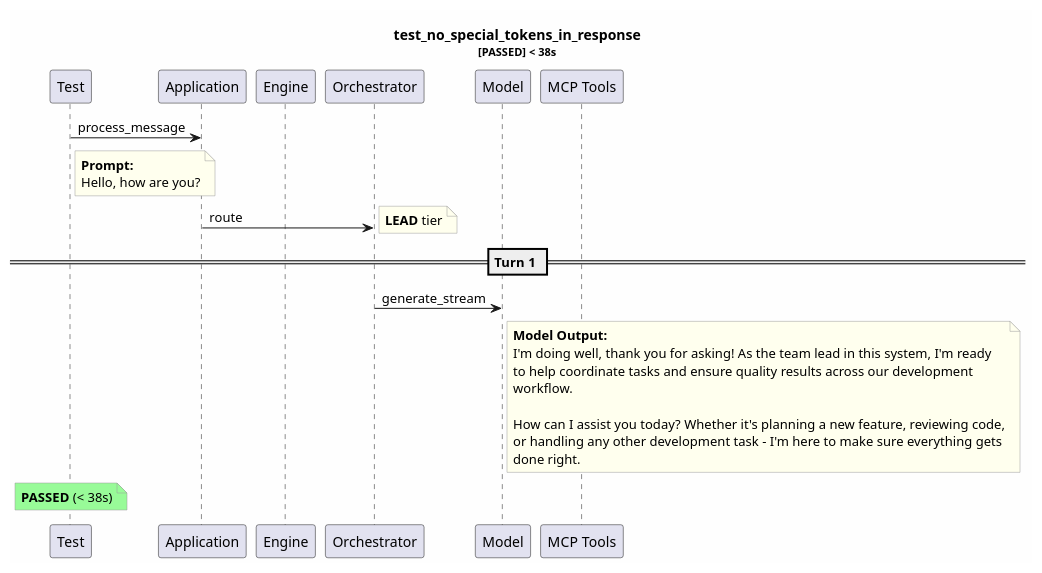
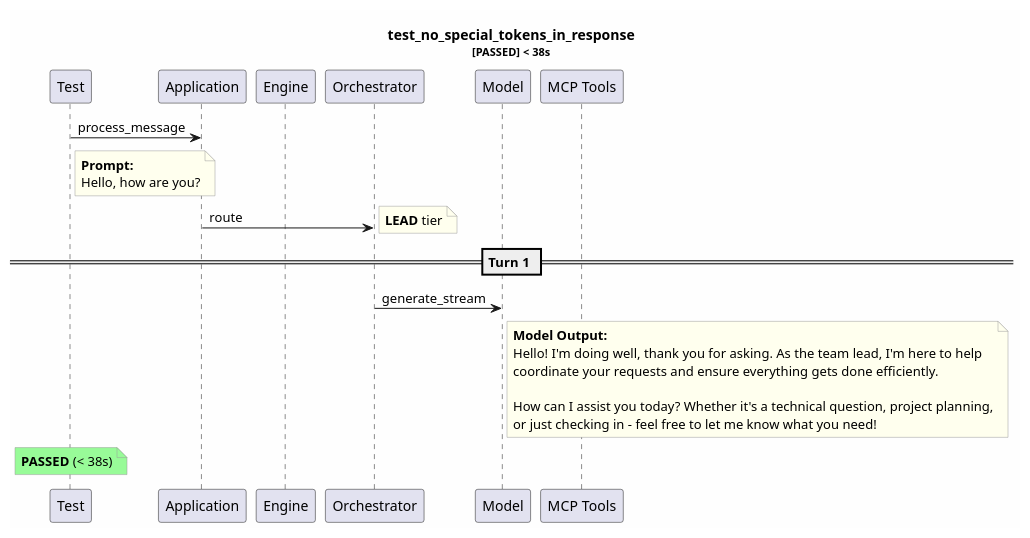
One commit to tvanfossen/entropic changed the diagram in test-reports/logs/test_no_special_tokens_in_response/test_no_special_tokens_in_response.puml. Above: the diagram before and after it, drawn with PlantUML. The commit also changed 27 other files, not shown here.

```diff
--- a/test-reports/logs/test_no_special_tokens_in_response/test_no_special_tokens_in_response.puml
+++ b/test-reports/logs/test_no_special_tokens_in_response/test_no_special_tokens_in_response.puml
@@ -1,37 +1,35 @@
 @startuml
 skinparam backgroundColor #FEFEFE
 skinparam noteBorderColor #999999
 skinparam noteBackgroundColor #FFFFEE
 title test_no_special_tokens_in_response\n<size:11>[PASSED] < 38s</size>
 
 participant "Test" as T
 participant "Application" as App
 participant "Engine" as Eng
 participant "Orchestrator" as Orch
 participant "Model" as Mdl
 participant "MCP Tools" as MCP
 
 T -> App: process_message
 note right of T
   **Prompt:**
   Hello, how are you?
 end note
 App -> Orch: route
 note right: **LEAD** tier
 == Turn 1 ==
 Orch -> Mdl: generate_stream
 note right of Mdl
   **Model Output:**
-  I'm doing well, thank you for asking! As the team lead in this system, I'm ready
-  to help coordinate tasks and ensure quality results across our development 
-  workflow.
+  Hello! I'm doing well, thank you for asking. As the team lead, I'm here to help 
+  coordinate your requests and ensure everything gets done efficiently. 
   
-  How can I assist you today? Whether it's planning a new feature, reviewing code,
-  or handling any other development task - I'm here to make sure everything gets 
-  done right.
+  How can I assist you today? Whether it's a technical question, project planning,
+  or just checking in - feel free to let me know what you need!
 end note
 note over T #palegreen
   **PASSED** (< 38s)
 end note
 
 @enduml
```
